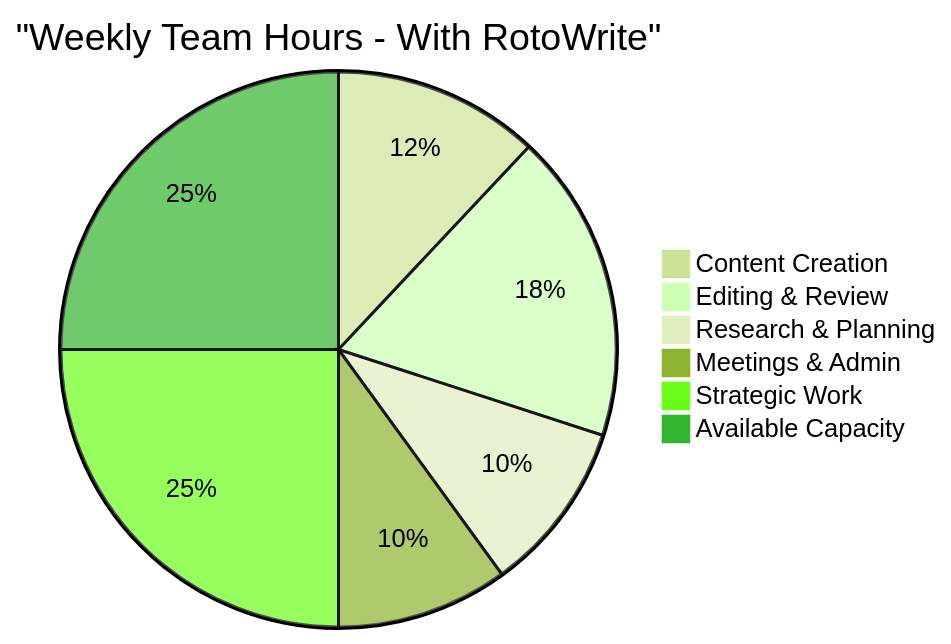
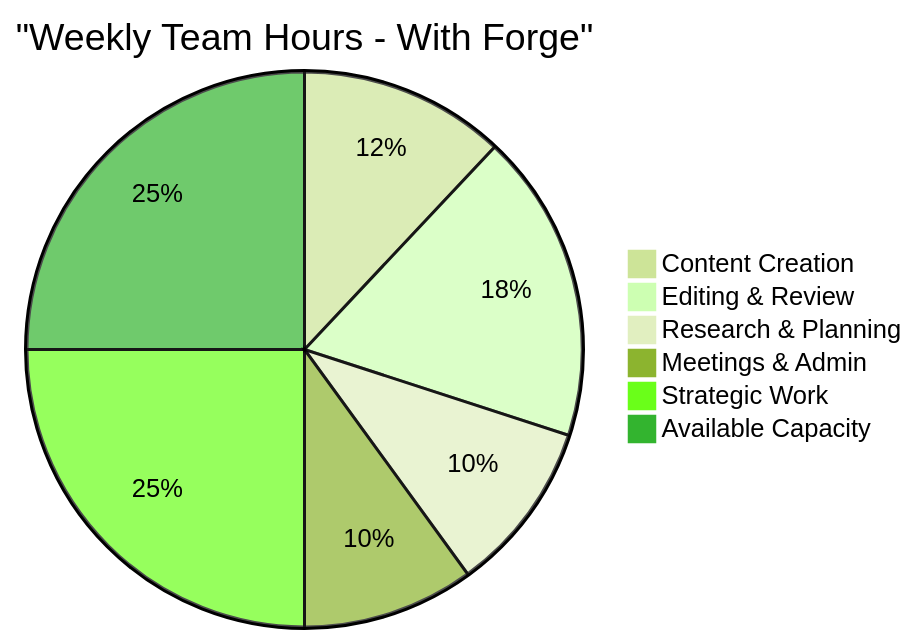
One commit to verygooddesigners/forge changed the third of 6 diagrams in presentation-diagrams/time-savings-visualization.md. Above: the diagram before and after it, drawn with Mermaid (forest theme). The commit also changed other lines of this file and 132 other files, not shown here.

First line of the commit message:
Rename application from RotoWrite to Forge

````diff
--- a/presentation-diagrams/time-savings-visualization.md
+++ b/presentation-diagrams/time-savings-visualization.md
@@ -73,9 +73,9 @@
 ```mermaid
-pie title "Weekly Team Hours - With RotoWrite"
+pie title "Weekly Team Hours - With Forge"
     "Content Creation" : 12
     "Editing & Review" : 18
     "Research & Planning" : 10
     "Meetings & Admin" : 10
     "Strategic Work" : 25
     "Available Capacity" : 25
 ```
````
